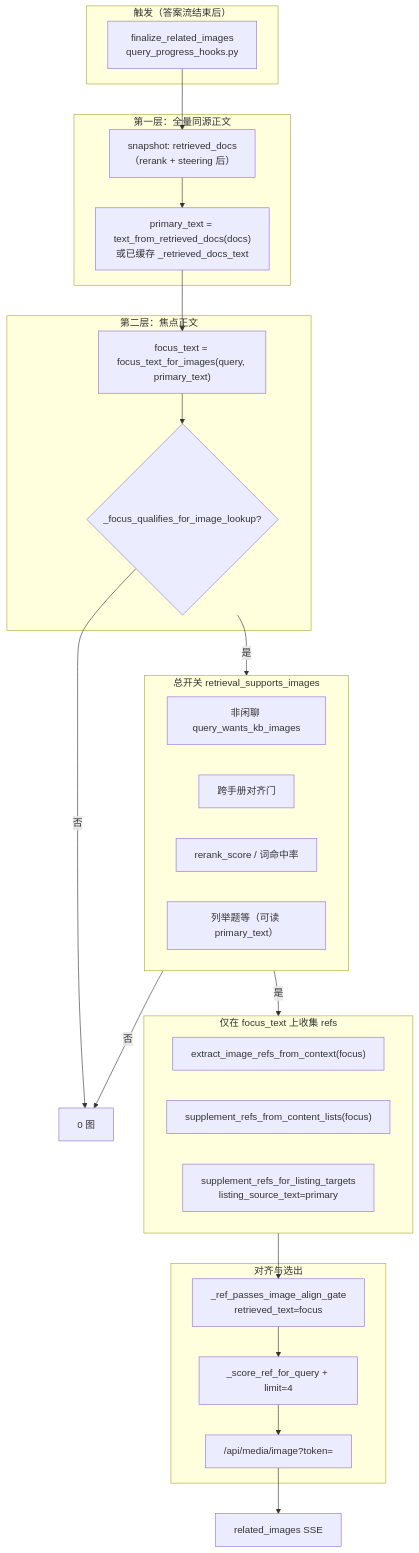
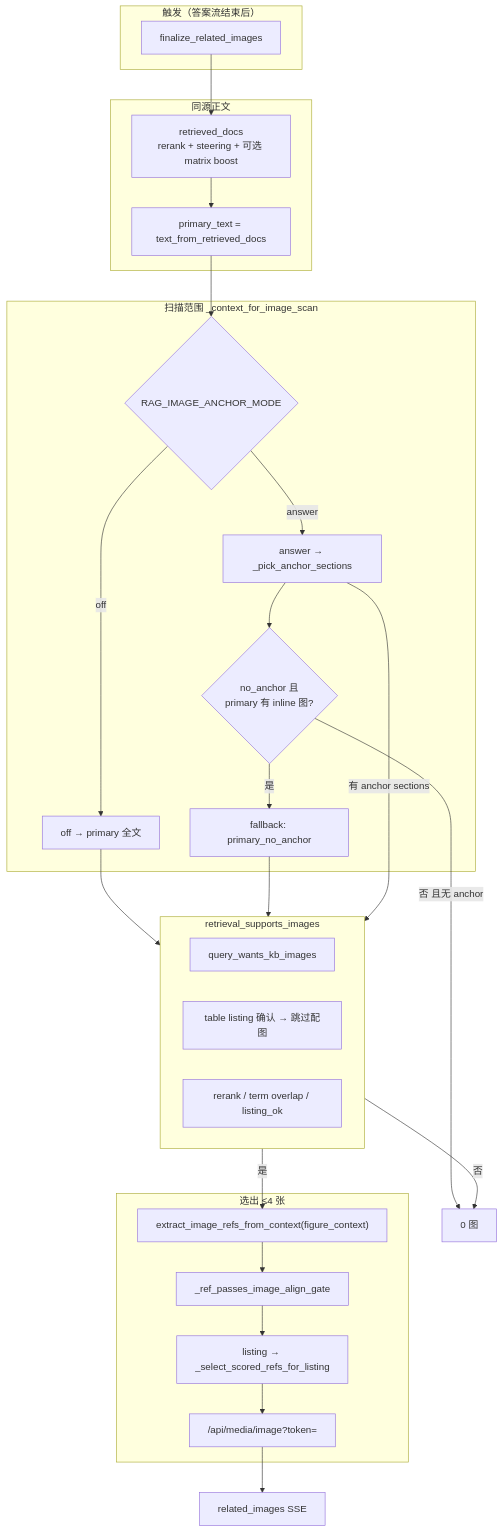
The sixth of 8 diagrams in docs/问答全流程图.md (yiliangbetter/IndustrialRAG), drawn with Mermaid before and after one commit. The commit also changed other lines of this file and 21 other files, not shown here.

First line of the commit message:
feat(ingest+query): table-aware ingest, row-matrix boost, image anchor fixes

````diff
--- a/docs/问答全流程图.md
+++ b/docs/问答全流程图.md
@@ -321,42 +325,41 @@
 ```mermaid
 flowchart TB
     subgraph Trigger["触发（答案流结束后）"]
-        FIN["finalize_related_images<br/>query_progress_hooks.py"]
+        FIN["finalize_related_images"]
     end
 
-    subgraph Primary["第一层：全量同源正文"]
-        D0["snapshot: retrieved_docs<br/>（rerank + steering 后）"]
-        T1["primary_text = text_from_retrieved_docs(docs)<br/>或已缓存 _retrieved_docs_text"]
+    subgraph Primary["同源正文"]
+        D0["retrieved_docs<br/>rerank + steering + 可选 matrix boost"]
+        T1["primary_text = text_from_retrieved_docs"]
     end
 
-    subgraph Focus["第二层：焦点正文"]
-        T2["focus_text = focus_text_for_images(query, primary_text)"]
-        Q0{"_focus_qualifies_for_image_lookup?"}
+    subgraph Scan["扫描范围 _context_for_image_scan"]
+        M{"RAG_IMAGE_ANCHOR_MODE"}
+        A1["off → primary 全文"]
+        A2["answer → _pick_anchor_sections"]
+        A3{"no_anchor 且<br/>primary 有 inline 图?"}
+        A4["fallback: primary_no_anchor"]
     end
 
-    subgraph Gate["总开关 retrieval_supports_images"]
-        G0["非闲聊 query_wants_kb_images"]
-        G1["跨手册对齐门"]
-        G2["rerank_score / 词命中率"]
-        G3["列举题等（可读 primary_text）"]
+    subgraph Gate["retrieval_supports_images"]
+        G0["query_wants_kb_images"]
+        G1["table listing 确认 → 跳过配图"]
+        G2["rerank / term overlap / listing_ok"]
     end
 
-    subgraph Collect["仅在 focus_text 上收集 refs"]
-        C1["extract_image_refs_from_context(focus)"]
-        C2["supplement_refs_from_content_lists(focus)"]
-        C3["supplement_refs_for_listing_targets<br/>listing_source_text=primary"]
+    subgraph Pick["选出 ≤4 张"]
+        C1["extract_image_refs_from_context(figure_context)"]
+        C2["_ref_passes_image_align_gate"]
+        C3["listing → _select_scored_refs_for_listing"]
+        C4["/api/media/image?token="]
     end
 
-    subgraph Align["对齐与选出"]
-        A1["_ref_passes_image_align_gate<br/>retrieved_text=focus"]
-        A2["_score_ref_for_query + limit=4"]
-        A3["/api/media/image?token="]
-    end
-
-    FIN --> D0 --> T1 --> T2 --> Q0
-    Q0 -->|否| EMPTY[0 图]
-    Q0 -->|是| Gate
+    FIN --> D0 --> T1 --> M
+    M -->|off| A1 --> Gate
+    M -->|answer| A2 --> A3
+    A3 -->|是| A4 --> Gate
+    A3 -->|否 且无 anchor| EMPTY[0 图]
+    A2 -->|有 anchor sections| Gate
     Gate -->|否| EMPTY
-    Gate -->|是| Collect --> A1 --> A2 --> A3
-    A3 --> SSE["related_images SSE"]
+    Gate -->|是| C1 --> C2 --> C3 --> C4 --> SSE["related_images SSE"]
 ```
````
